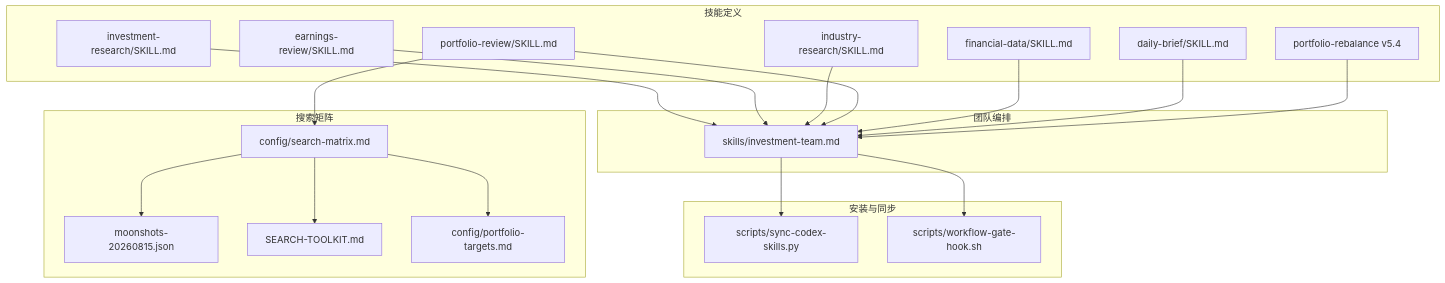
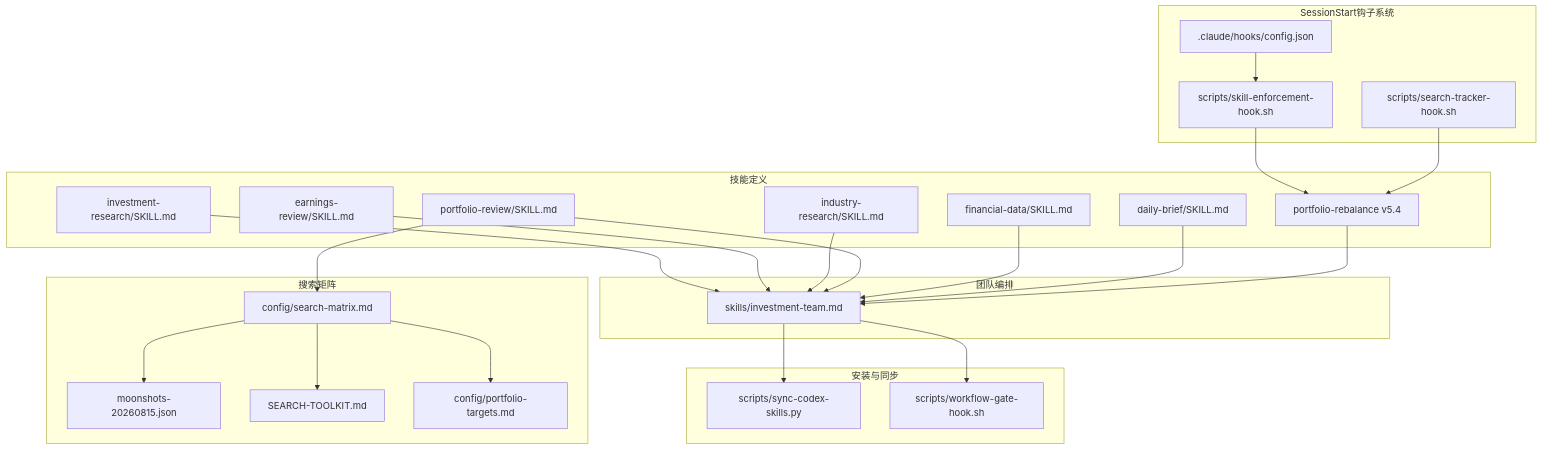
One commit to Ted-Engineer/ai-berkshire changed the first of 4 diagrams in .qoder/repowiki/zh/content/AI技能系统/核心投资研究技能/核心投资研究技能.md. Above: the diagram before and after it, drawn with Mermaid. The commit also changed other lines of this file and 16 other files, not shown here.

````diff
--- a/.qoder/repowiki/zh/content/AI技能系统/核心投资研究技能/核心投资研究技能.md
+++ b/.qoder/repowiki/zh/content/AI技能系统/核心投资研究技能/核心投资研究技能.md
@@ -50,38 +52,46 @@
 ```mermaid
 graph TB
 subgraph "技能定义"
 IR["investment-research/SKILL.md"]
 ER["earnings-review/SKILL.md"]
 IRR["industry-research/SKILL.md"]
 PR["portfolio-review/SKILL.md"]
 FD["financial-data/SKILL.md"]
 DB["daily-brief/SKILL.md"]
 PB["portfolio-rebalance v5.4"]
 end
 subgraph "团队编排"
 IT["skills/investment-team.md"]
 end
 subgraph "安装与同步"
 SYNC["scripts/sync-codex-skills.py"]
 WG["scripts/workflow-gate-hook.sh"]
 end
+subgraph "SessionStart钩子系统"
+SH["scripts/skill-enforcement-hook.sh"]
+STH["scripts/search-tracker-hook.sh"]
+HC[".claude/hooks/config.json"]
+end
 subgraph "搜索矩阵"
 SM["config/search-matrix.md"]
 MS["moonshots-20260815.json"]
 ST["SEARCH-TOOLKIT.md"]
 PT["config/portfolio-targets.md"]
 end
 IR --> IT
 ER --> IT
 IRR --> IT
 PR --> IT
 FD --> IT
 DB --> IT
 PB --> IT
 IT --> SYNC
 IT --> WG
+SH --> PB
+STH --> PB
+HC --> SH
 PR --> SM
 SM --> MS
 SM --> ST
 SM --> PT
 ```
````
